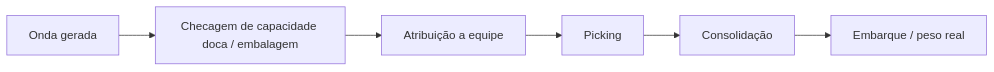
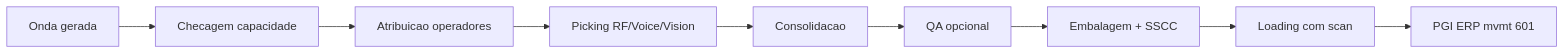
Before and after one commit to cleberhensel/logisticon-academy: the second of 4 diagrams in aulas/trilha-tecnologia-e-sistemas/modulo-03-wms/aula-03-onda-picking-expedicao.md, drawn with Mermaid. The commit also changed other lines of this file and 122 other files, not shown here.

````diff
--- a/aulas/trilha-tecnologia-e-sistemas/modulo-03-wms/aula-03-onda-picking-expedicao.md
+++ b/aulas/trilha-tecnologia-e-sistemas/modulo-03-wms/aula-03-onda-picking-expedicao.md
@@ -37,10 +82,13 @@
 ```mermaid
 flowchart LR
   W[Onda gerada]
-  Cap[Checagem de capacidade doca / embalagem]
-  A[Atribuição a equipe]
-  P[Picking]
-  C[Consolidação]
-  E[Embarque / peso real]
-  W --> Cap --> A --> P --> C --> E
+  Cap[Checagem capacidade]
+  A[Atribuicao operadores]
+  P[Picking RF/Voice/Vision]
+  C[Consolidacao]
+  Q[QA opcional]
+  E[Embalagem + SSCC]
+  L[Loading com scan]
+  PGI[PGI ERP mvmt 601]
+  W --> Cap --> A --> P --> C --> Q --> E --> L --> PGI
 ```
````
